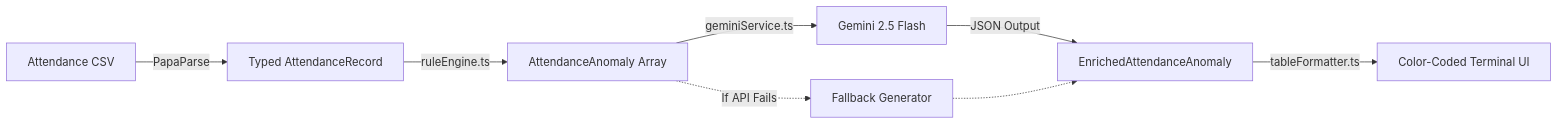
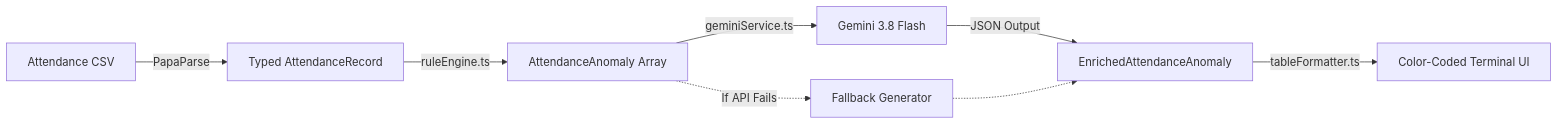
One commit to oluwafaith/Attendance-checker changed the diagram in README.md. Above: the diagram before and after it, drawn with Mermaid. The commit also changed other lines of this file and 4 other files, not shown here.

````diff
--- a/README.md
+++ b/README.md
@@ -11,10 +11,10 @@
 ```mermaid
 flowchart LR
     A[Attendance CSV] -->|PapaParse| B[Typed AttendanceRecord]
     B -->|ruleEngine.ts| C[AttendanceAnomaly Array]
-    C -->|geminiService.ts| D[Gemini 2.5 Flash]
+    C -->|geminiService.ts| D[Gemini 3.8 Flash]
     D -->|JSON Output| E[EnrichedAttendanceAnomaly]
     C -.->|If API Fails| F[Fallback Generator]
     F -.-> E
     E -->|tableFormatter.ts| G[Color-Coded Terminal UI]
 ```
````
